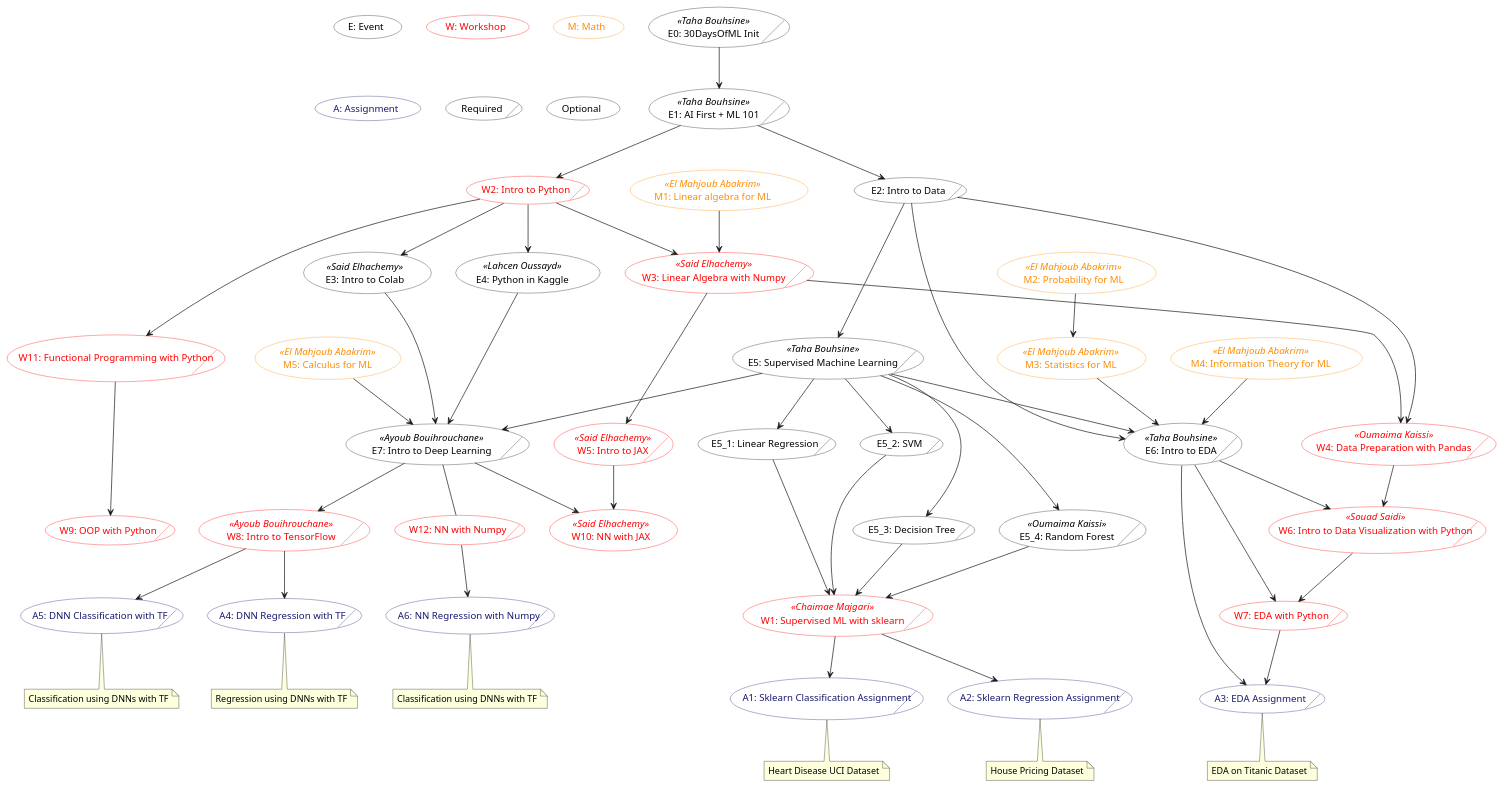
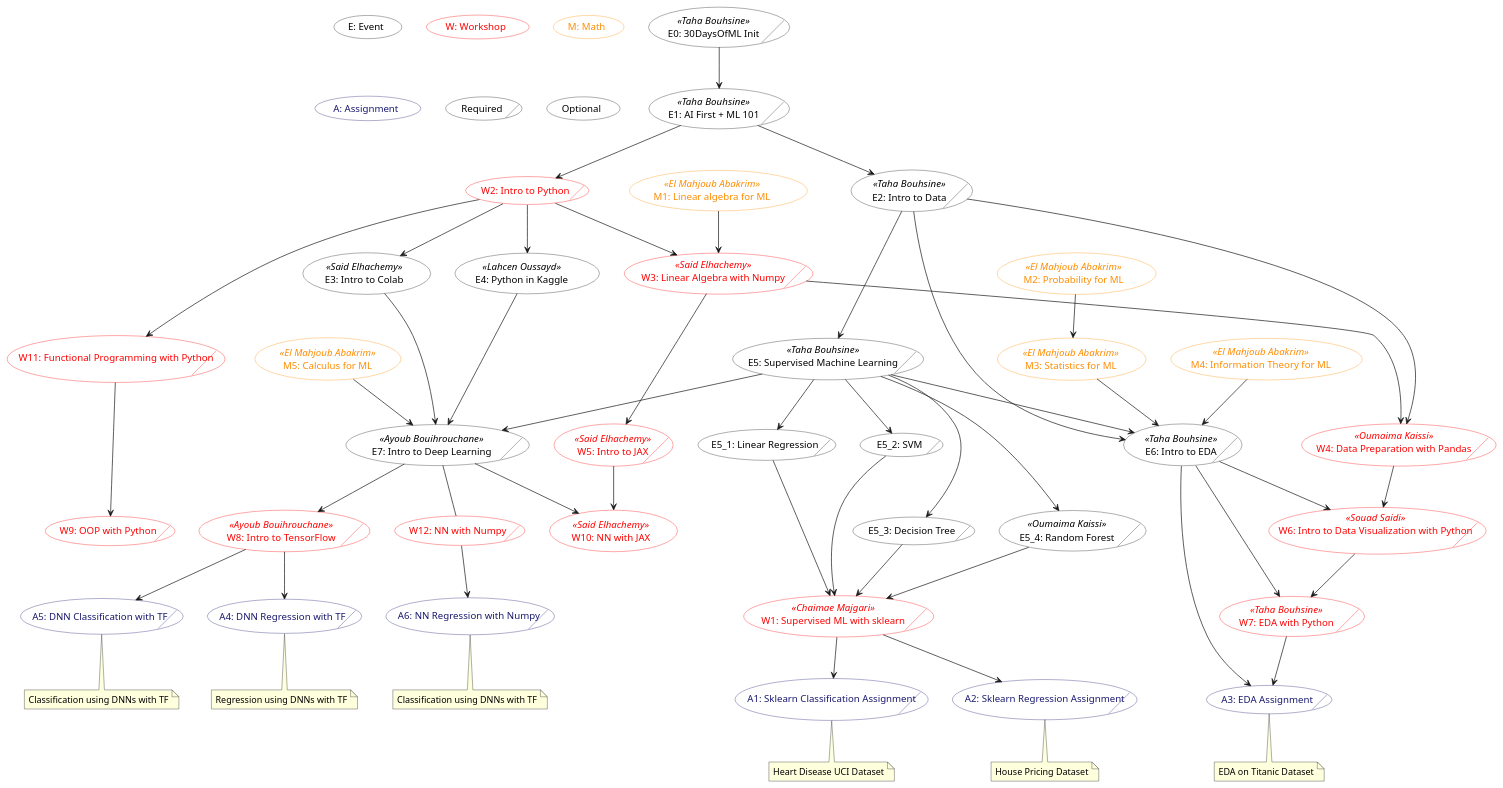
Before and after one commit to gdscuiz/30daysofml: the diagram in mlstart.puml, drawn with PlantUML.

Commit message:
Taha : E2 & W7

```diff
--- a/mlstart.puml
+++ b/mlstart.puml
@@ -1,149 +1,149 @@
 @startuml "MLStart"
 
 skinparam usecase {
 BackgroundColor transparent
 shadowing false
 }
 
 (E: Event)
 (W: Workshop) #line:red;text:red
 (M: Math) #line:darkorange;text:darkorange
 (A: Assignment) #line:MidnightBlue;text:MidnightBlue
 
 (E0: 30DaysOfML Init)/ as E0 <<Taha Bouhsine>>
 (E1: AI First + ML 101)/ as E1 <<Taha Bouhsine>>
 
-(E2: Intro to Data)/ as E2 
+(E2: Intro to Data)/ as E2 <<Taha Bouhsine>>
 (E3: Intro to Colab) as E3 <<Said Elhachemy>>
 (E4: Python in Kaggle) as E4 << Lahcen Oussayd >>
 (E5: Supervised Machine Learning)/ as E5 <<Taha Bouhsine>>
 (E5_1: Linear Regression)/ as E5_1
 (E5_2: SVM)/ as E5_2
 (E5_3: Decision Tree)/ as E5_3
 (E5_4: Random Forest)/ as E5_4 <<Oumaima Kaissi>>
 (E6: Intro to EDA)/ as E6 <<Taha Bouhsine>>
 (E7: Intro to Deep Learning)/ as E7 << Ayoub Bouihrouchane >>
 
 
 
 
 (W1: Supervised ML with sklearn)/ as W1 << Chaimae Majgari>> #line:red;text:red 
 (W2: Intro to Python)/ as W2 #line:red;text:red
 (W3: Linear Algebra with Numpy)/ as W3 <<Said Elhachemy>> #line:red;text:red
 (W4: Data Preparation with Pandas)/ as W4 <<Oumaima Kaissi>> #line:red;text:red
 (W5: Intro to JAX)/ as W5 <<Said Elhachemy>> #line:red;text:red
 (W6: Intro to Data Visualization with Python)/ as W6 <<Souad Saidi>> #line:red;text:red
-(W7: EDA with Python)/ as W7 #line:red;text:red
+(W7: EDA with Python)/ as W7 <<Taha Bouhsine>> #line:red;text:red
 (W8: Intro to TensorFlow)/ as W8 << Ayoub Bouihrouchane >> #line:red;text:red 
 (W9: OOP with Python)/ as W9 #line:red;text:red
 (W10: NN with JAX) as W10 <<Said Elhachemy>> #line:red;text:red
 (W11: Functional Programming with Python)/ as W11 #line:red;text:red
 (W12: NN with Numpy)/ as W12 #line:red;text:red
 
 (M1: Linear algebra for ML) as M1 << El Mahjoub Abakrim >> #line:darkorange;text:darkorange
 (M2: Probability for ML) as M2 << El Mahjoub Abakrim >> #line:darkorange;text:darkorange
 (M3: Statistics for ML) as M3 << El Mahjoub Abakrim >> #line:darkorange;text:darkorange
 (M5: Calculus for ML) as M5 << El Mahjoub Abakrim >> #line:darkorange;text:darkorange 
 (M4: Information Theory for ML) as M4 << El Mahjoub Abakrim >> #line:darkorange;text:darkorange
 
 (A1: Sklearn Classification Assignment)/ as A1 #line:MidnightBlue;text:MidnightBlue
 note bottom [[http://GDSCUIZ.github.io]]
 Heart Disease UCI Dataset
 end note
 
 (A2: Sklearn Regression Assignment)/ as A2 #line:MidnightBlue;text:MidnightBlue
 note bottom [[http://GDSCUIZ.github.io]]
 House Pricing Dataset
 end note
 
 (A3: EDA Assignment)/ as A3 #line:MidnightBlue;text:MidnightBlue
 note bottom [[http://GDSCUIZ.github.io]]
 EDA on Titanic Dataset
 end note
 
 (A4: DNN Regression with TF)/ as A4 #line:MidnightBlue;text:MidnightBlue
 note bottom [[http://GDSCUIZ.github.io]]
 Regression using DNNs with TF
 end note
 
 (A5: DNN Classification with TF)/ as A5 #line:MidnightBlue;text:MidnightBlue
 note bottom [[http://GDSCUIZ.github.io]]
 Classification using DNNs with TF
 end note
 
 (A6: NN Regression with Numpy)/ as A6 #line:MidnightBlue;text:MidnightBlue
 note bottom [[http://GDSCUIZ.github.io]]
 Classification using DNNs with TF
 end note
 
 M1 --> W3
 
 M2 --> M3
 
 M3 --> E6
 M4 --> E6
 
 M5 --> E7
 
 E0 --> E1
 
 E1 --> W2
 E1 --> E2
 
 E2 ---> E5
 E2 --> W4
 E2 ---> E6
 
 E3 --> E7
 
 E4 --> E7
 
 E5 --> E7
 E5 --> E6
 E5 --> E5_1
 E5 --> E5_2
 E5 ---> E5_3
 E5 ---> E5_4
 E5_1 --> W1
 E5_2 --> W1
 E5_3 --> W1
 E5_4 --> W1
 
 
 E6 --> A3
 E6 --> W7
 E6 --> W6
 
 E7 --> W8
 E7 --> W10
 E7 -- W12
 
 W1 --> A1
 W1 --> A2
 
 W2 --> E4
 W2 --> E3
 W2 --> W3
 W2 ---> W11
 
 W3 ---> W4
 W3 --> W5
 
 W4 --> W6
 
 W5 --> W10
 
 W6 --> W7
 
 W7 --> A3
 
 W8 --> A4
 W8 --> A5
 
 W11 ---> W9
 
 W12 --> A6
 
 (Required)/
 (Optional)
 @enduml
```
